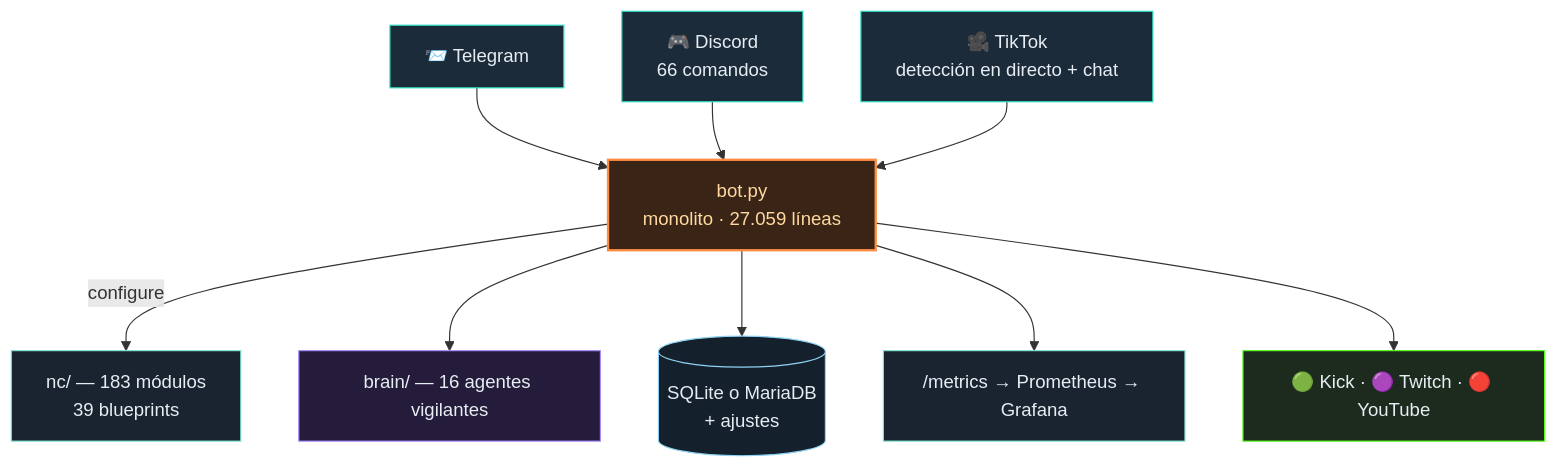
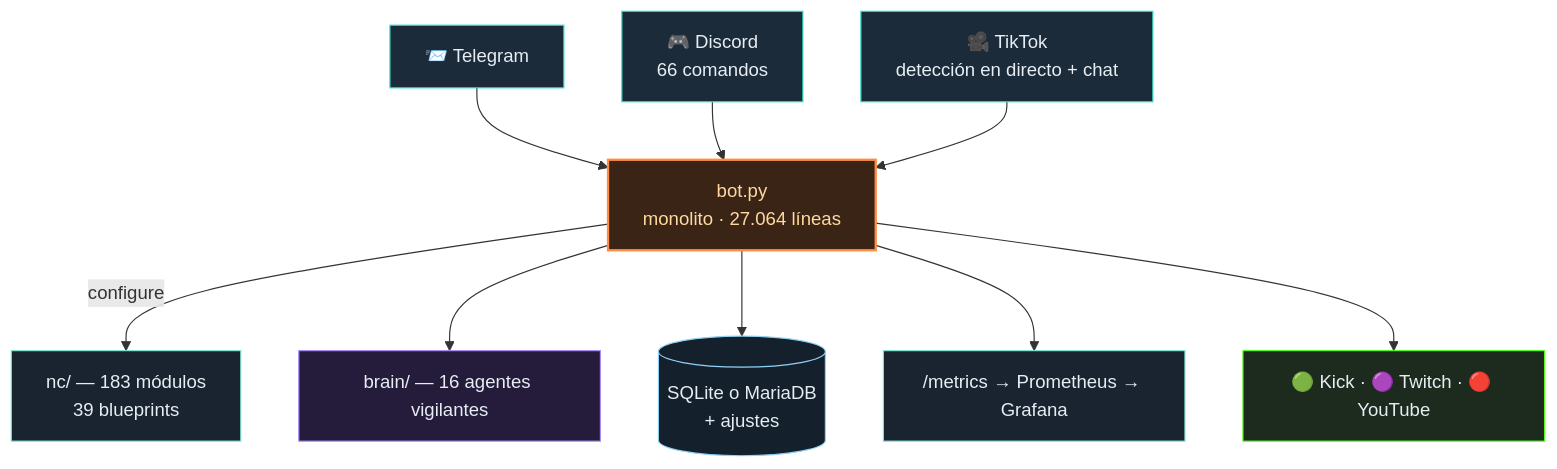
Before and after one commit to itsamemedev/Telegram-Stream-Info-Bot: the diagram in README.es.md, drawn with Mermaid. The commit also changed 11 other files, not shown here.

````diff
--- a/README.es.md
+++ b/README.es.md
@@ -64,18 +64,18 @@
 ```mermaid
 flowchart TB
     TG["📨 Telegram"]:::ein --> BOT
     DC["🎮 Discord<br/>66 comandos"]:::ein --> BOT
     TT["🎥 TikTok<br/>detección en directo + chat"]:::ein --> BOT
-    BOT["bot.py<br/>monolito · 27.059 líneas"]:::core
+    BOT["bot.py<br/>monolito · 27.064 líneas"]:::core
     BOT -->|configure| NC["nc/ — 183 módulos<br/>39 blueprints"]:::lib
     BOT --> BRAIN["brain/ — 16 agentes vigilantes"]:::brain
     BOT --> DB[("SQLite o MariaDB<br/>+ ajustes")]:::db
     BOT --> PROM["/metrics → Prometheus → Grafana"]:::lib
     BOT --> OUT["🟢 Kick · 🟣 Twitch · 🔴 YouTube"]:::out
     classDef ein fill:#1c2b3a,stroke:#2de1c2,color:#e6edf3
     classDef core fill:#3a2415,stroke:#ff8c42,stroke-width:2px,color:#ffd9a0
     classDef lib fill:#1a2430,stroke:#7fe7d4,color:#e6edf3
     classDef brain fill:#241c3a,stroke:#a78bfa,color:#e6edf3
     classDef db fill:#14202c,stroke:#8fd3f4,color:#e6edf3
     classDef out fill:#1c2b1e,stroke:#53fc18,color:#e6edf3
 ```
````
